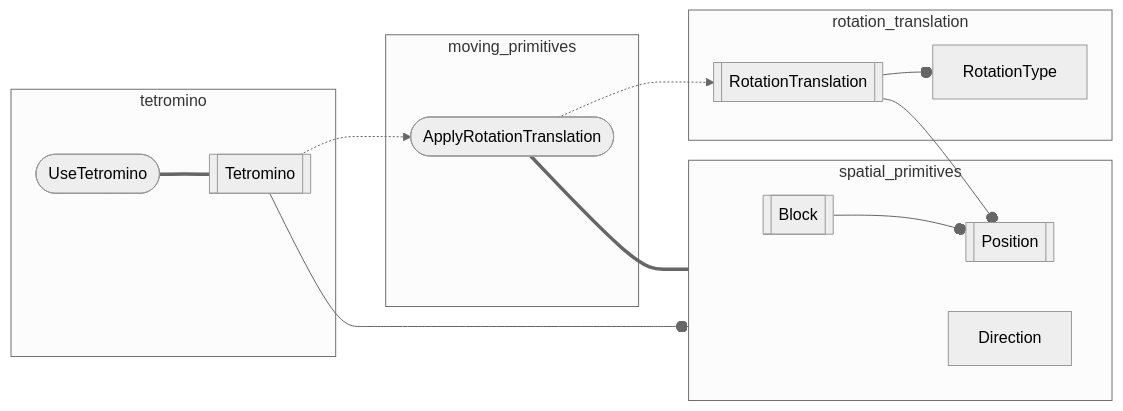
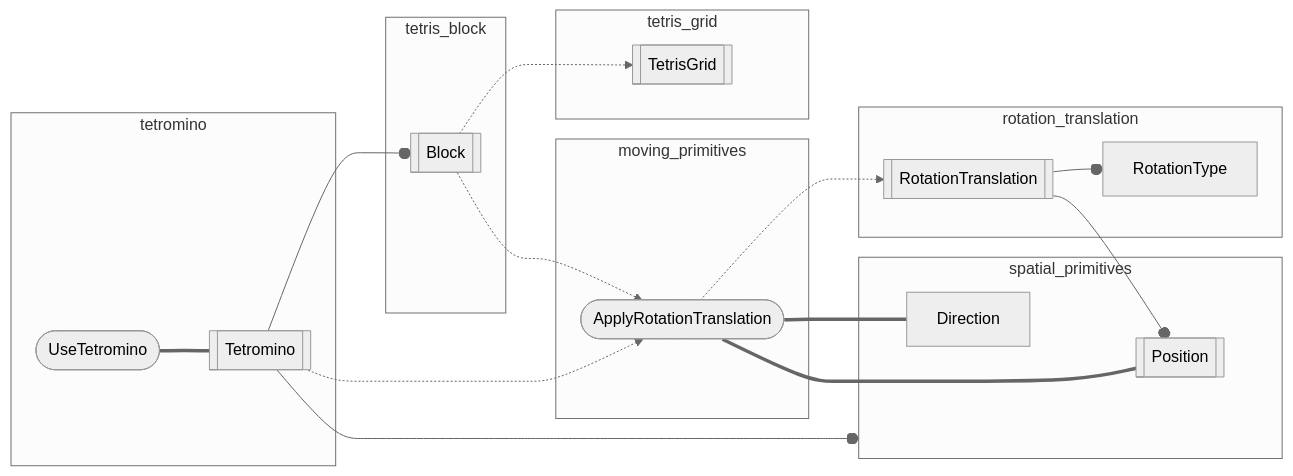
The first of 2 diagrams in src/app/player/back_end/flowgraph.md (inesvar/tetris), drawn with Mermaid (neutral theme) before and after one commit. The commit also changed other lines of this file and 7 other files, not shown here.

Commit message:
Move Block out of spatial_primitives

````diff
--- a/src/app/player/back_end/flowgraph.md
+++ b/src/app/player/back_end/flowgraph.md
@@ -3,43 +3,54 @@
 ```mermaid
 graph LR
     %% objects
     Position[[Position]]
     Block[[Block]]
     Direction[Direction]
     RotationTranslation[[RotationTranslation]]
     RotationType[RotationType]
     ApplyRotationTranslation([ApplyRotationTranslation])
+    TetrisGrid[[TetrisGrid]]
     Tetromino[[Tetromino]]
     UseTetromino([UseTetromino])
 
     %% modules
     spatial_primitives[spatial_primitives]
     rotation_translation[rotation_translation]
     moving_primitives[moving_primitives]
     tetromino[tetromino]
 
     subgraph spatial_primitives
-        Block --o Position
-        Direction
+        Direction ~~~ Position
     end
+    
 
     subgraph rotation_translation
         RotationTranslation --o RotationType
     end
 
     RotationTranslation --o Position
 
     subgraph moving_primitives
         ApplyRotationTranslation
     end
 
-    ApplyRotationTranslation === spatial_primitives
+    ApplyRotationTranslation === Position & Direction
     ApplyRotationTranslation -.-> RotationTranslation
+    
+    subgraph tetris_block
+        Block
+    end
+
+    subgraph tetris_grid
+        TetrisGrid
+    end
+
+    Block -.-> ApplyRotationTranslation & TetrisGrid
 
     subgraph tetromino
         UseTetromino === Tetromino
     end
 
-    Tetromino --o spatial_primitives
+    Tetromino --o spatial_primitives & Block
     Tetromino -.-> ApplyRotationTranslation
 ```
````
